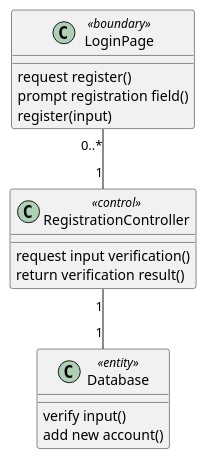
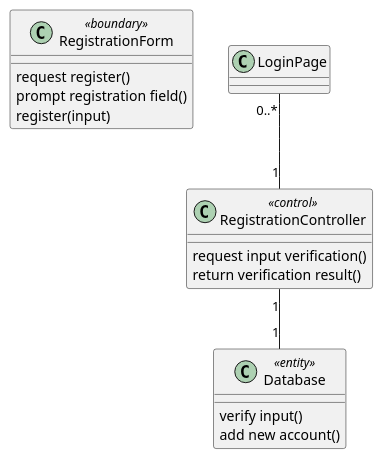
One commit to McSinyx/ipppi changed the second of 4 diagrams in source/solution/use-case-analysis.rst. Above: the diagram before and after it, drawn with PlantUML. The commit also changed other lines of this file, not shown here.

```diff
--- a/source/solution/use-case-analysis.rst
+++ b/source/solution/use-case-analysis.rst
@@ -46,20 +47,20 @@
 .. uml::
 
-   class LoginPage <<boundary>> {
+   class RegistrationForm <<boundary>> {
       request register()
       prompt registration field()
       register(input)
    }
 
    class RegistrationController <<control>> {
       request input verification()      
       return verification result()
    }
 
    class Database <<entity>> {
       verify input()
       add new account()
    }
 
    LoginPage "0..*" -- "1" RegistrationController
    RegistrationController "1" -- "1" Database
```
